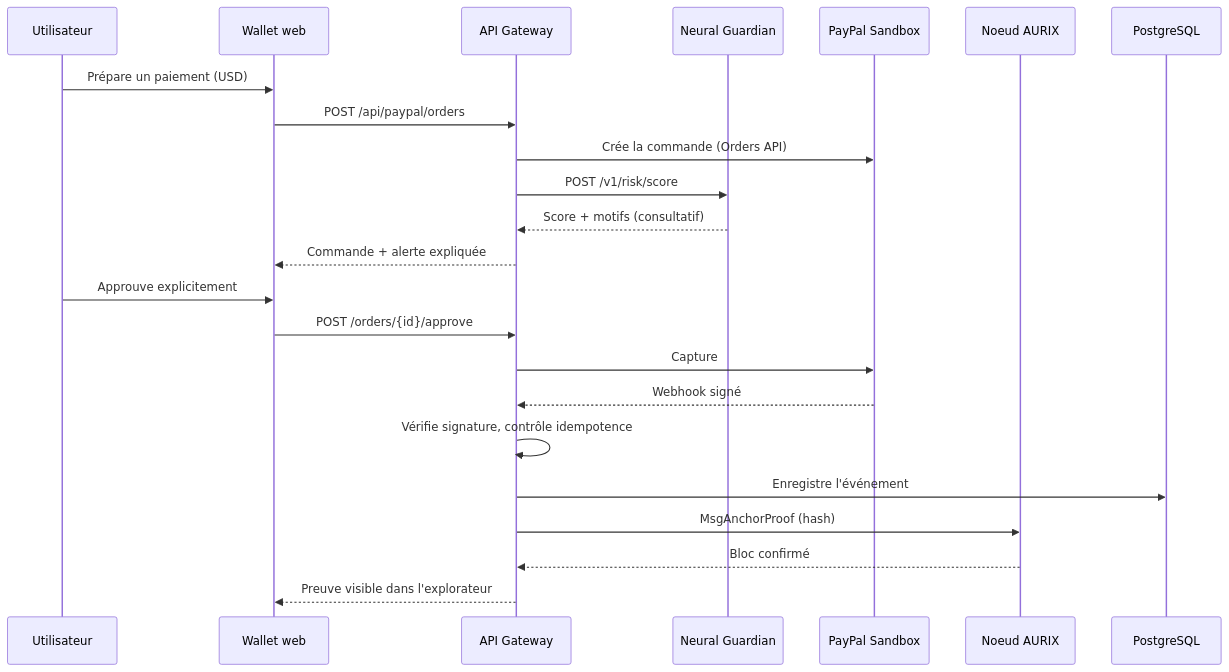
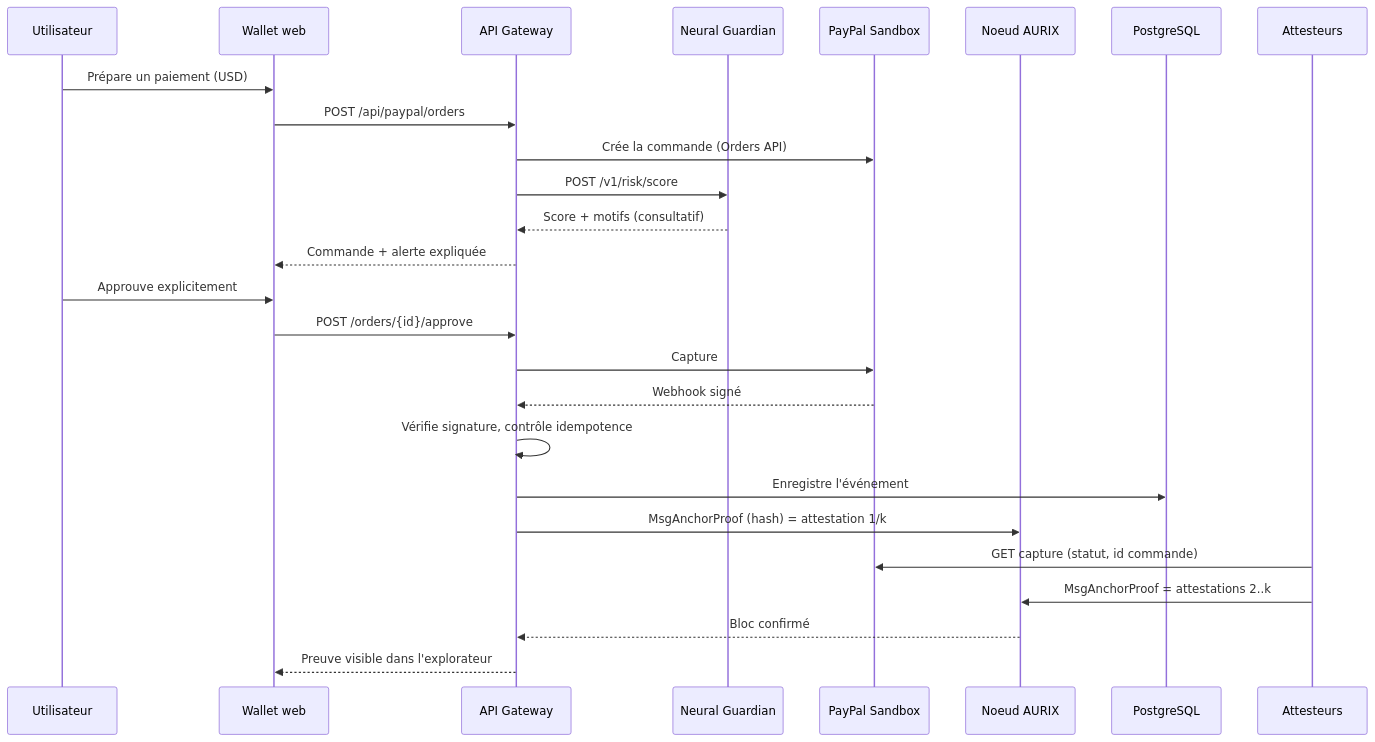
Before and after one commit to joeylukoji/Aurix: the third of 5 diagrams in AURIX_ARCHITECTURE_LOGICIELLE.md, drawn with Mermaid. The commit also changed other lines of this file and 18 other files, not shown here.

````diff
--- a/AURIX_ARCHITECTURE_LOGICIELLE.md
+++ b/AURIX_ARCHITECTURE_LOGICIELLE.md
@@ -188,26 +190,29 @@
 ```mermaid
 sequenceDiagram
     participant U as Utilisateur
     participant W as Wallet web
     participant G as API Gateway
     participant N as Neural Guardian
     participant P as PayPal Sandbox
     participant C as Noeud AURIX
     participant D as PostgreSQL
 
     U->>W: Prépare un paiement (USD)
     W->>G: POST /api/paypal/orders
     G->>P: Crée la commande (Orders API)
     G->>N: POST /v1/risk/score
     N-->>G: Score + motifs (consultatif)
     G-->>W: Commande + alerte expliquée
     U->>W: Approuve explicitement
     W->>G: POST /orders/{id}/approve
     G->>P: Capture
     P-->>G: Webhook signé
     G->>G: Vérifie signature, contrôle idempotence
     G->>D: Enregistre l'événement
-    G->>C: MsgAnchorProof (hash)
+    G->>C: MsgAnchorProof (hash) = attestation 1/k
+    participant A as Attesteurs
+    A->>P: GET capture (statut, id commande)
+    A->>C: MsgAnchorProof = attestations 2..k
     C-->>G: Bloc confirmé
     G-->>W: Preuve visible dans l'explorateur
 ```
````
